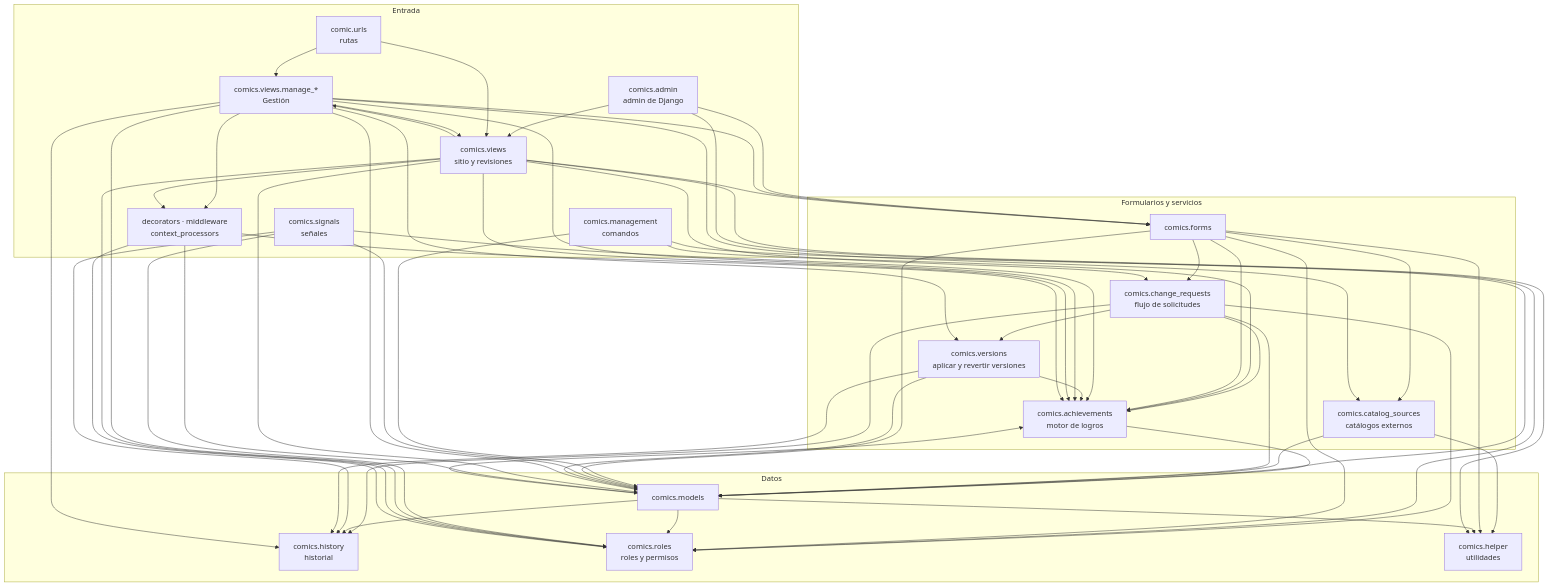
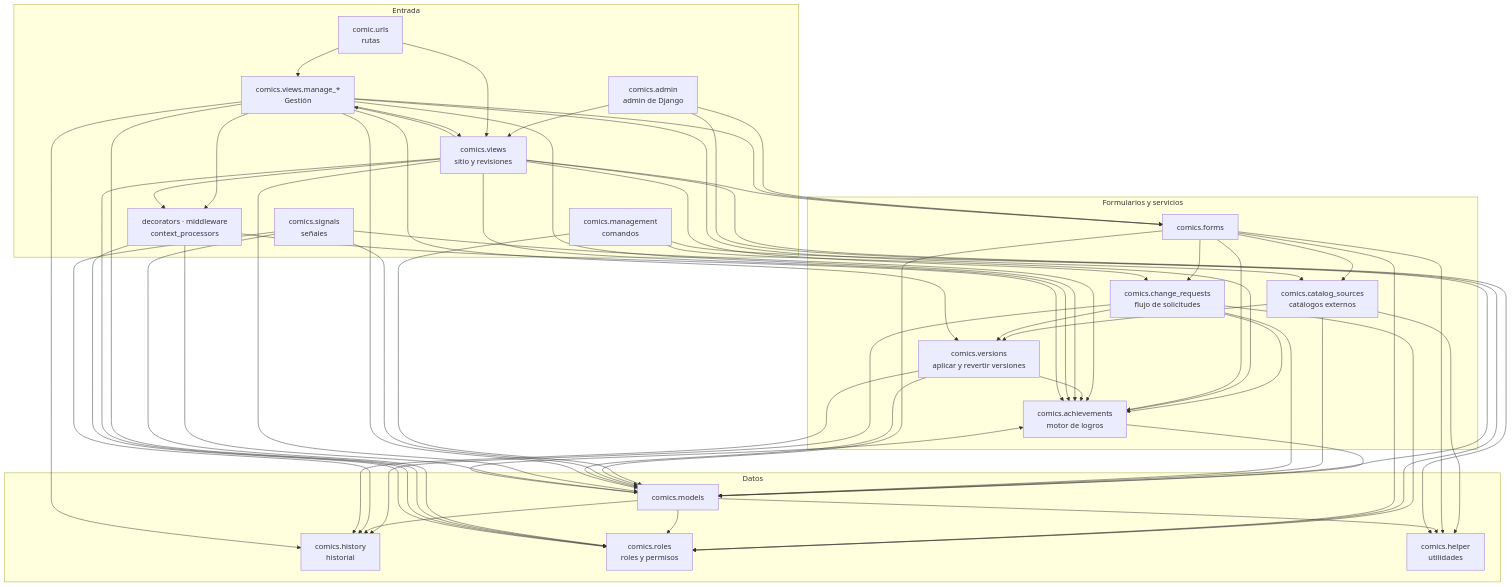
One commit to DeadSpawnZ/comics changed the first of 8 diagrams in README.md. Above: the diagram before and after it, drawn with Mermaid. The commit also changed 15 other files, not shown here.

````diff
--- a/README.md
+++ b/README.md
@@ -104,78 +104,79 @@
 ```mermaid
 flowchart TD
     subgraph layer0["Entrada"]
         urls["comic.urls<br/>rutas"]
         views_site["comics.views<br/>sitio y revisiones"]
         views_manage["comics.views.manage_*<br/>Gestión"]
         admin["comics.admin<br/>admin de Django"]
         commands["comics.management<br/>comandos"]
         signals["comics.signals<br/>señales"]
         web["decorators · middleware<br/>context_processors"]
     end
     subgraph layer1["Formularios y servicios"]
         forms["comics.forms"]
         catalog_sources["comics.catalog_sources<br/>catálogos externos"]
         change_requests["comics.change_requests<br/>flujo de solicitudes"]
         versions["comics.versions<br/>aplicar y revertir versiones"]
         achievements["comics.achievements<br/>motor de logros"]
     end
     subgraph layer2["Datos"]
         models["comics.models"]
         history["comics.history<br/>historial"]
         roles["comics.roles<br/>roles y permisos"]
         helper["comics.helper<br/>utilidades"]
     end
     achievements --> models
     admin --> forms
     admin --> models
     admin --> views_site
     catalog_sources --> helper
     catalog_sources --> models
+    catalog_sources --> versions
     change_requests --> achievements
     change_requests --> history
     change_requests --> models
     change_requests --> roles
     change_requests --> versions
     commands --> achievements
     commands --> models
     commands --> roles
     forms --> achievements
     forms --> catalog_sources
     forms --> change_requests
     forms --> helper
     forms --> models
     forms --> roles
     models --> achievements
     models --> helper
     models --> history
     models --> roles
     signals --> achievements
     signals --> history
     signals --> models
     signals --> roles
     urls --> views_manage
     urls --> views_site
     versions --> achievements
     versions --> history
     versions --> models
     views_manage --> achievements
     views_manage --> catalog_sources
     views_manage --> forms
     views_manage --> history
     views_manage --> models
     views_manage --> roles
     views_manage --> versions
     views_manage --> views_site
     views_manage --> web
     views_site --> achievements
     views_site --> change_requests
     views_site --> forms
     views_site --> helper
     views_site --> models
     views_site --> roles
     views_site --> views_manage
     views_site --> web
     web --> achievements
     web --> models
     web --> roles
 ```
````
